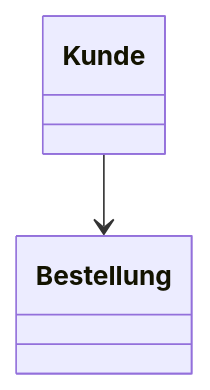
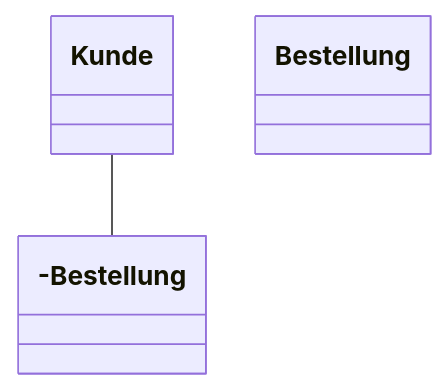
Before and after one commit to seanconroy-dev/FIAE_Umschulung_Notes: the fifth of 12 diagrams in notes/2026/Programmiertechnik/ASS/2026-03-26_Programmiertechnik_ASS_uml-diagramm.md, drawn with Mermaid.

````diff
--- a/notes/2026/Programmiertechnik/ASS/2026-03-26_Programmiertechnik_ASS_uml-diagramm.md
+++ b/notes/2026/Programmiertechnik/ASS/2026-03-26_Programmiertechnik_ASS_uml-diagramm.md
@@ -246,6 +246,6 @@
 ```mermaid
 classDiagram
     class Kunde
     class Bestellung
-    Kunde --> Bestellung
+    Kunde --- Bestellung
 ```
````
